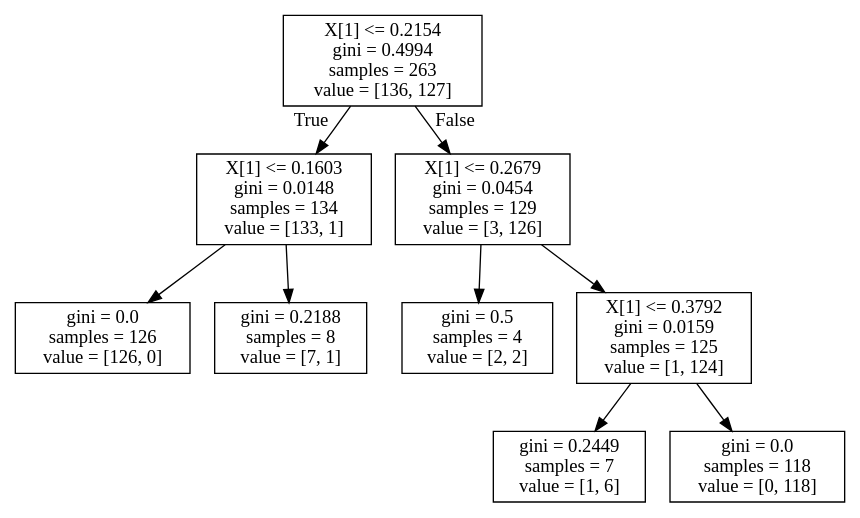
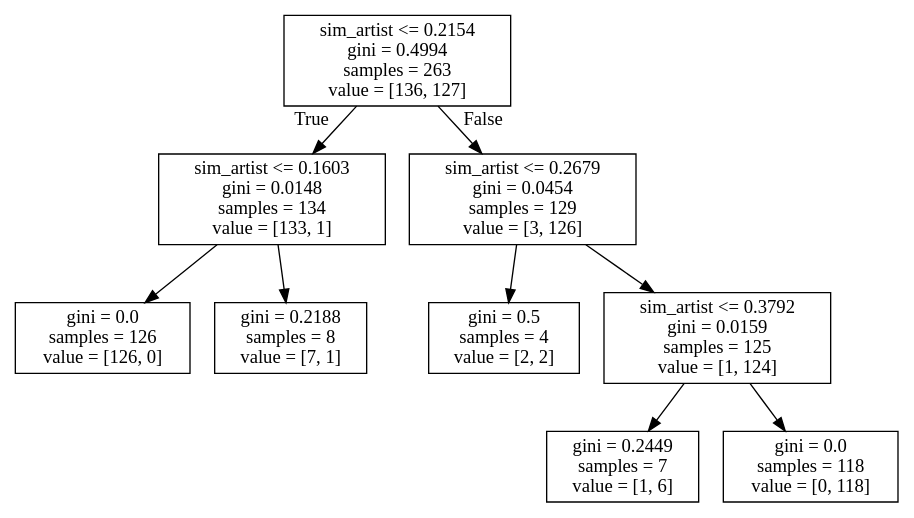
The diagram in csv/training/tree.dot (ede0m/music_data-638), drawn with Graphviz before and after one commit. The commit also changed 32 other files, not shown here.

```diff
--- a/csv/training/tree.dot
+++ b/csv/training/tree.dot
@@ -1,20 +1,20 @@
 digraph Tree {
 node [shape=box] ;
-0 [label="X[1] <= 0.2154\ngini = 0.4994\nsamples = 263\nvalue = [136, 127]"] ;
-1 [label="X[1] <= 0.1603\ngini = 0.0148\nsamples = 134\nvalue = [133, 1]"] ;
+0 [label="sim_artist <= 0.2154\ngini = 0.4994\nsamples = 263\nvalue = [136, 127]"] ;
+1 [label="sim_artist <= 0.1603\ngini = 0.0148\nsamples = 134\nvalue = [133, 1]"] ;
 0 -> 1 [labeldistance=2.5, labelangle=45, headlabel="True"] ;
 2 [label="gini = 0.0\nsamples = 126\nvalue = [126, 0]"] ;
 1 -> 2 ;
 3 [label="gini = 0.2188\nsamples = 8\nvalue = [7, 1]"] ;
 1 -> 3 ;
-4 [label="X[1] <= 0.2679\ngini = 0.0454\nsamples = 129\nvalue = [3, 126]"] ;
+4 [label="sim_artist <= 0.2679\ngini = 0.0454\nsamples = 129\nvalue = [3, 126]"] ;
 0 -> 4 [labeldistance=2.5, labelangle=-45, headlabel="False"] ;
 5 [label="gini = 0.5\nsamples = 4\nvalue = [2, 2]"] ;
 4 -> 5 ;
-6 [label="X[1] <= 0.3792\ngini = 0.0159\nsamples = 125\nvalue = [1, 124]"] ;
+6 [label="sim_artist <= 0.3792\ngini = 0.0159\nsamples = 125\nvalue = [1, 124]"] ;
 4 -> 6 ;
 7 [label="gini = 0.2449\nsamples = 7\nvalue = [1, 6]"] ;
 6 -> 7 ;
 8 [label="gini = 0.0\nsamples = 118\nvalue = [0, 118]"] ;
 6 -> 8 ;
 }
```
